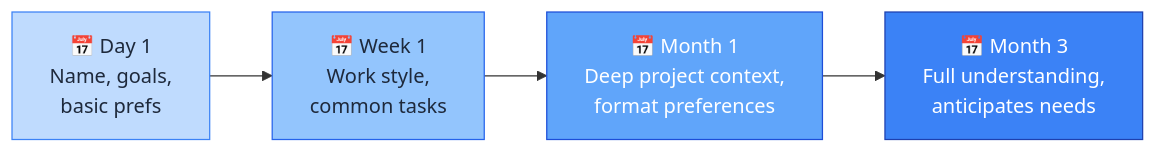
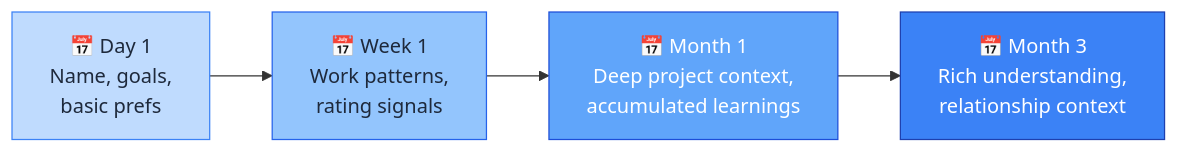
The diagram in docs/user/memory.md (virtualian/pai-autodocs), drawn with Mermaid before and after one commit. The commit also changed other lines of this file and 60 other files, not shown here.

````diff
--- a/docs/user/memory.md
+++ b/docs/user/memory.md
@@ -47,11 +45,11 @@
 ```mermaid
 graph LR
-    A["📅 Day 1<br/>Name, goals,<br/>basic prefs"] --> B["📅 Week 1<br/>Work style,<br/>common tasks"]
-    B --> C["📅 Month 1<br/>Deep project context,<br/>format preferences"]
-    C --> D["📅 Month 3<br/>Full understanding,<br/>anticipates needs"]
+    A["📅 Day 1<br/>Name, goals,<br/>basic prefs"] --> B["📅 Week 1<br/>Work patterns,<br/>rating signals"]
+    B --> C["📅 Month 1<br/>Deep project context,<br/>accumulated learnings"]
+    C --> D["📅 Month 3<br/>Rich understanding,<br/>relationship context"]
 
     style A fill:#bfdbfe,stroke:#3b82f6,color:#1e293b
     style B fill:#93c5fd,stroke:#2563eb,color:#1e293b
     style C fill:#60a5fa,stroke:#1d4ed8,color:#ffffff
     style D fill:#3b82f6,stroke:#1e40af,color:#ffffff
 ```
````
